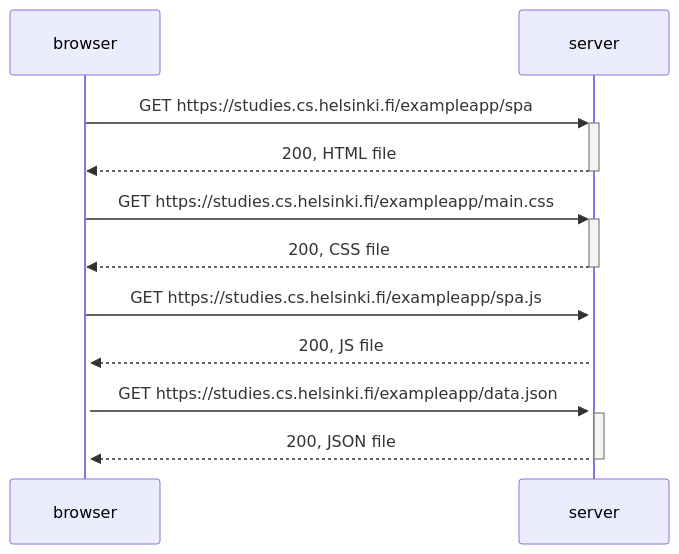
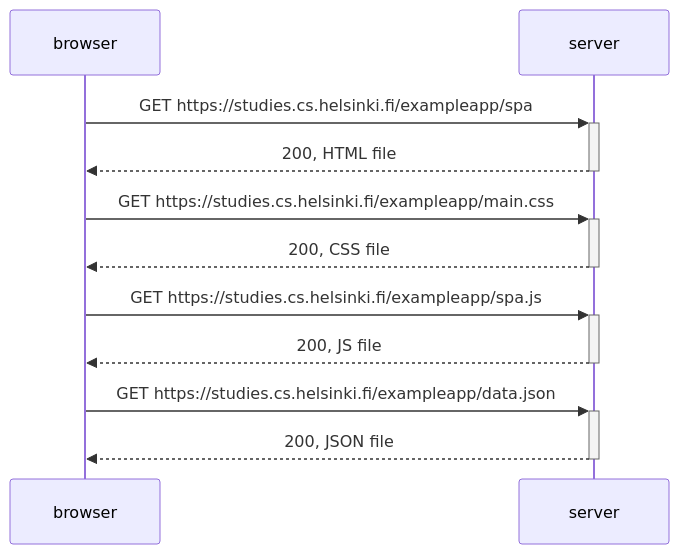
One commit to RikuPutkinen/full-stack-open changed the diagram in osa0/5-single-page-app.md. Above: the diagram before and after it, drawn with Mermaid.

````diff
--- a/osa0/5-single-page-app.md
+++ b/osa0/5-single-page-app.md
@@ -1,17 +1,17 @@
 ```mermaid
 sequenceDiagram
     participant b as browser
     participant s as server
 
     b->>+s: GET https://studies.cs.helsinki.fi/exampleapp/spa
     s-->>-b: 200, HTML file
 
     b->>+s: GET https://studies.cs.helsinki.fi/exampleapp/main.css
     s-->>-b: 200, CSS file
 
     b->>+s: GET https://studies.cs.helsinki.fi/exampleapp/spa.js
-    s-->>+b: 200, JS file
+    s-->>-b: 200, JS file
 
     b->>+s: GET https://studies.cs.helsinki.fi/exampleapp/data.json
     s-->>-b: 200, JSON file
 ```
````
